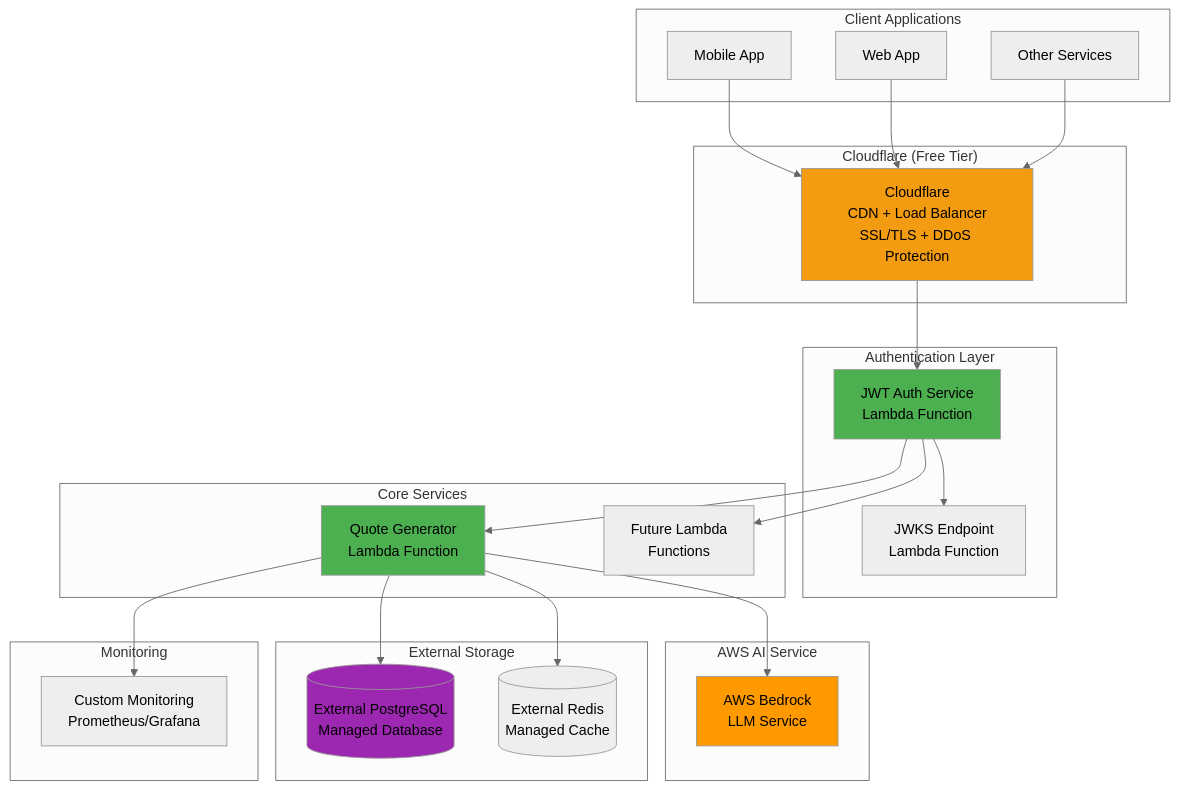
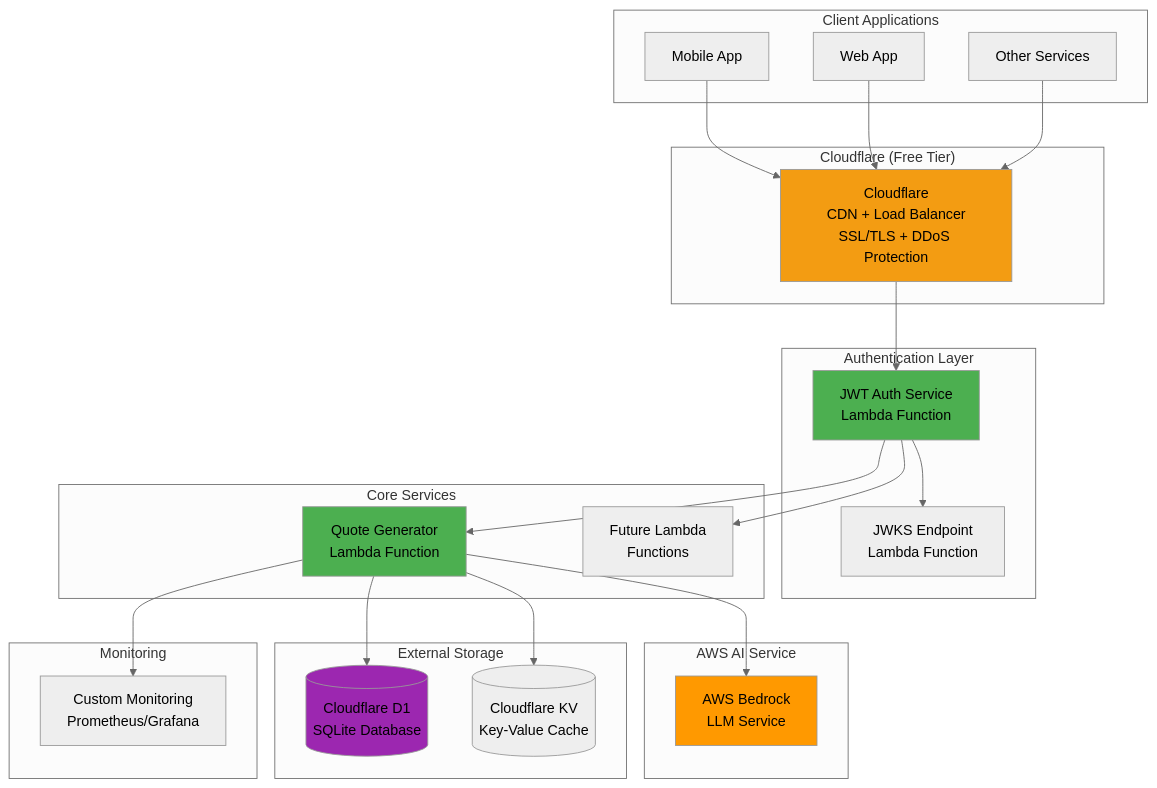
The diagram in README.md (klawed/sloth-util), drawn with Mermaid (neutral theme) before and after one commit. The commit also changed other lines of this file, not shown here.

Commit message:
Update README.md to reflect Hybrid architecture

````diff
--- a/README.md
+++ b/README.md
@@ -52,53 +52,53 @@
 ```mermaid
 graph TB
     subgraph "Client Applications"
         A[Mobile App]
         B[Web App]
         C[Other Services]
     end
     
     subgraph "Cloudflare (Free Tier)"
         CF[Cloudflare<br/>CDN + Load Balancer<br/>SSL/TLS + DDoS Protection]
     end
     
     subgraph "Authentication Layer"
         AUTH[JWT Auth Service<br/>Lambda Function]
         JWKS[JWKS Endpoint<br/>Lambda Function]
     end
     
     subgraph "Core Services"
         L1[Quote Generator<br/>Lambda Function]
         L2[Future Lambda<br/>Functions]
     end
     
     subgraph "AWS AI Service"
         BR[AWS Bedrock<br/>LLM Service]
     end
     
     subgraph "External Storage"
-        DB[(External PostgreSQL<br/>Managed Database)]
-        CACHE[(External Redis<br/>Managed Cache)]
+        D1[(Cloudflare D1<br/>SQLite Database)]
+        KV[(Cloudflare KV<br/>Key-Value Cache)]
     end
     
     subgraph "Monitoring"
         MON[Custom Monitoring<br/>Prometheus/Grafana]
     end
     
     A --> CF
     B --> CF
     C --> CF
     CF --> AUTH
     AUTH --> JWKS
     AUTH --> L1
     AUTH --> L2
     L1 --> BR
-    L1 --> DB
-    L1 --> CACHE
+    L1 --> D1
+    L1 --> KV
     L1 --> MON
     
     style AUTH fill:#4CAF50
     style L1 fill:#4CAF50
     style BR fill:#ff9900
-    style DB fill:#9C27B0
+    style D1 fill:#9C27B0
     style CF fill:#f39c12
 ```
````
